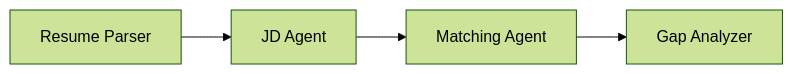
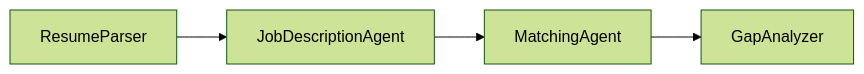
The diagram in workshop/lab02-multi-agent/docs/04-orchestration-patterns.md (MinHeinA/Foundry_Toolkit_for_VSCode_Lab), drawn with Mermaid (forest theme) before and after one commit. The commit also changed other lines of this file and 76 other files, not shown here.

````diff
--- a/workshop/lab02-multi-agent/docs/04-orchestration-patterns.md
+++ b/workshop/lab02-multi-agent/docs/04-orchestration-patterns.md
@@ -13,6 +10,6 @@
 ```mermaid
 flowchart LR
-    RP[Resume Parser] --> JD[JD Agent]
-    JD --> MA[Matching Agent]
-    MA --> GA[Gap Analyzer]
+    RP["ResumeParser"] --> JD["JobDescriptionAgent"]
+    JD --> MA["MatchingAgent"]
+    MA --> GA["GapAnalyzer"]
 ```
````
